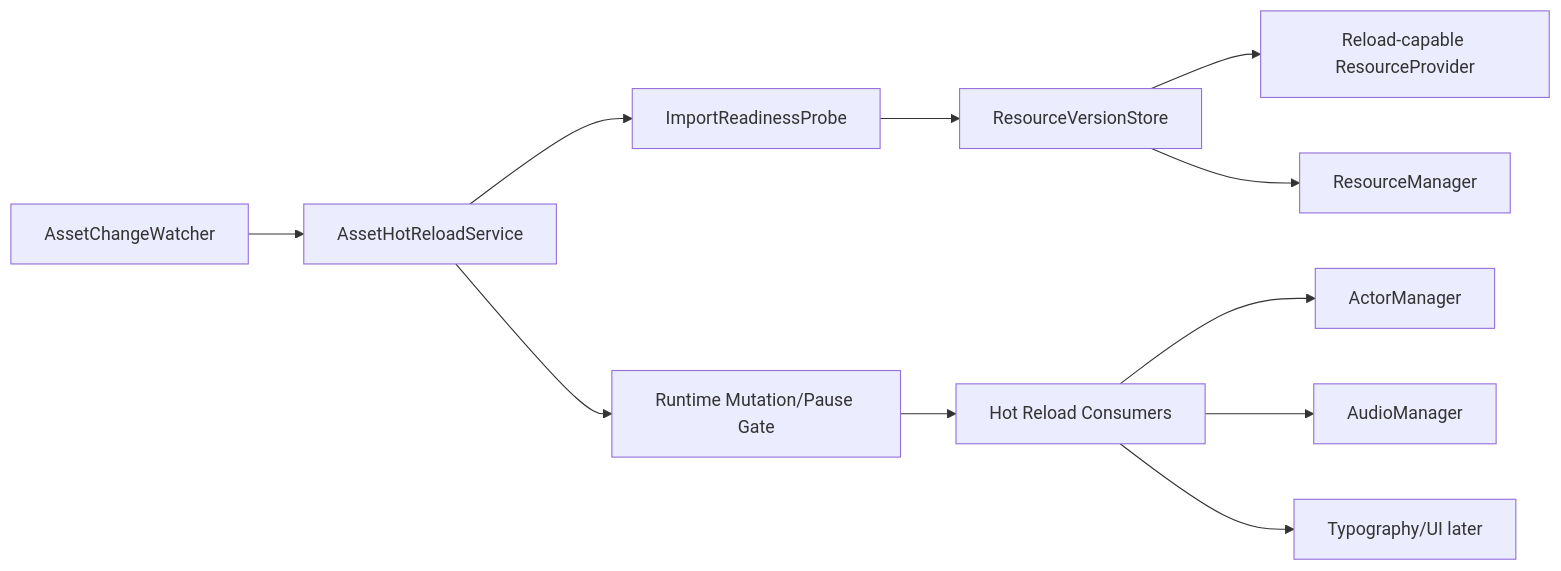
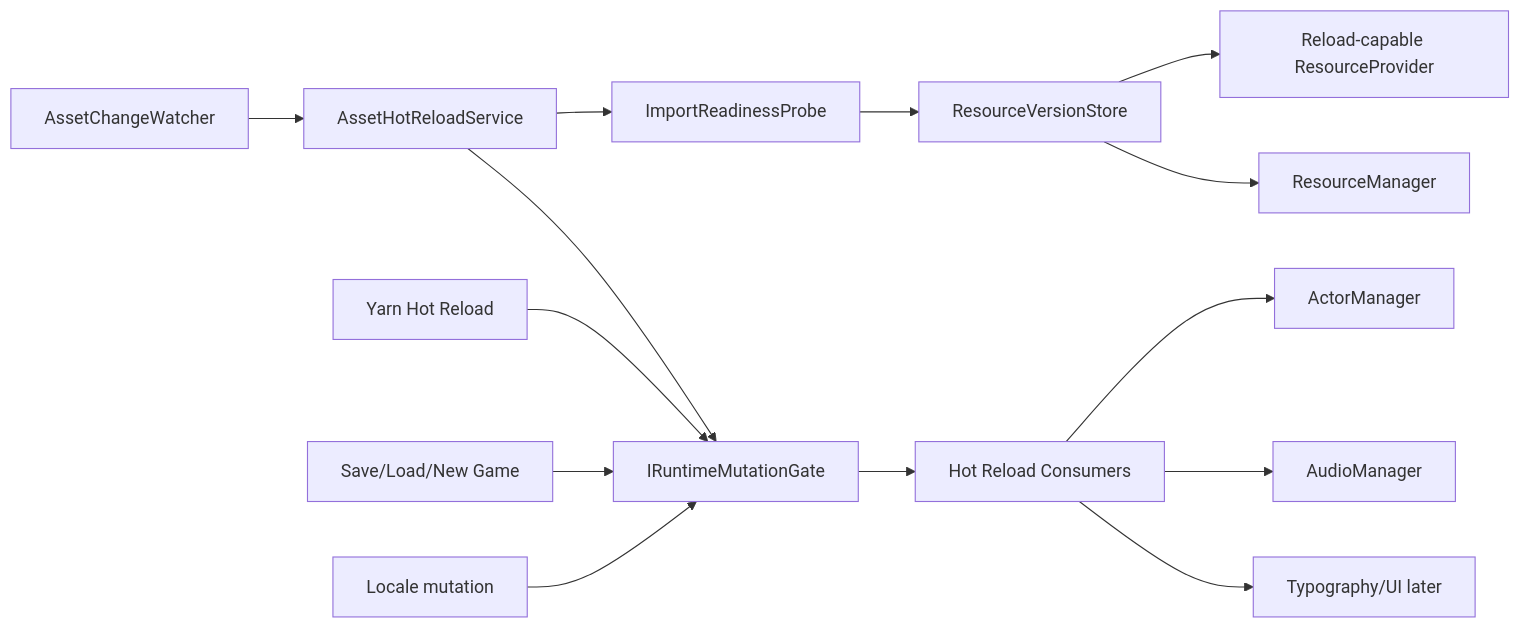
One commit to pakholeung37/majo-novel changed the first of 2 diagrams in docs/asset-hot-reload.md. Above: the diagram before and after it, drawn with Mermaid. The commit also changed other lines of this file and 1 other file, not shown here.

Commit message:
add asset-hot-reload

````diff
--- a/docs/asset-hot-reload.md
+++ b/docs/asset-hot-reload.md
@@ -113,13 +137,16 @@
 ```mermaid
 flowchart LR
     W[AssetChangeWatcher] --> H[AssetHotReloadService]
     H --> I[ImportReadinessProbe]
     I --> V[ResourceVersionStore]
     V --> P[Reload-capable ResourceProvider]
     V --> R[ResourceManager]
-    H --> G[Runtime Mutation/Pause Gate]
+    H --> G[IRuntimeMutationGate]
+    Y[Yarn Hot Reload] --> G
+    S[Save/Load/New Game] --> G
+    L[Locale mutation] --> G
     G --> C[Hot Reload Consumers]
     C --> A[ActorManager]
     C --> U[AudioManager]
     C --> T[Typography/UI later]
 ```
````
